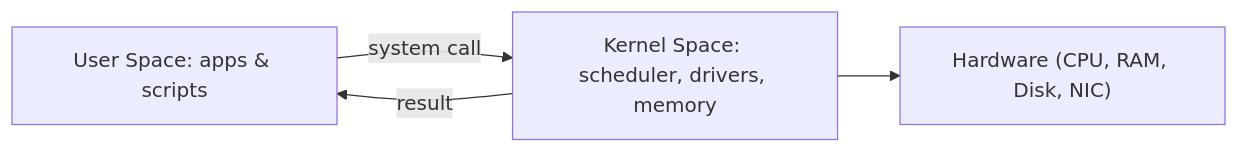
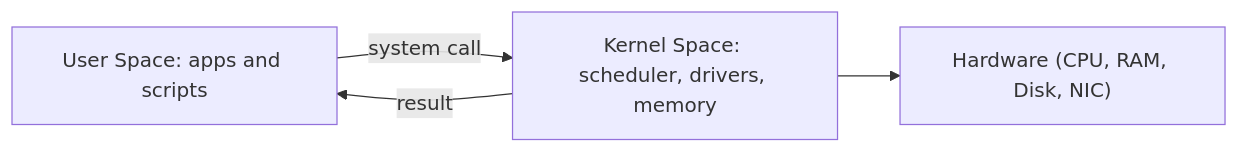
The diagram in Learning/OS-and-Scripting/01-OS-Fundamentals/kernel-vs-userspace.md (Prabakaran-MS/crashCourse), drawn with Mermaid before and after one commit. The commit also changed other lines of this file and 84 other files, not shown here.

````diff
--- a/Learning/OS-and-Scripting/01-OS-Fundamentals/kernel-vs-userspace.md
+++ b/Learning/OS-and-Scripting/01-OS-Fundamentals/kernel-vs-userspace.md
@@ -24,6 +24,6 @@
 ```mermaid
 flowchart LR
-	U["User Space: apps & scripts"] -->|"system call"| K["Kernel Space: scheduler, drivers, memory"]
+	U["User Space: apps and scripts"] -->|"system call"| K["Kernel Space: scheduler, drivers, memory"]
 	K --> H["Hardware (CPU, RAM, Disk, NIC)"]
 	K -->|"result"| U
 ```
````
